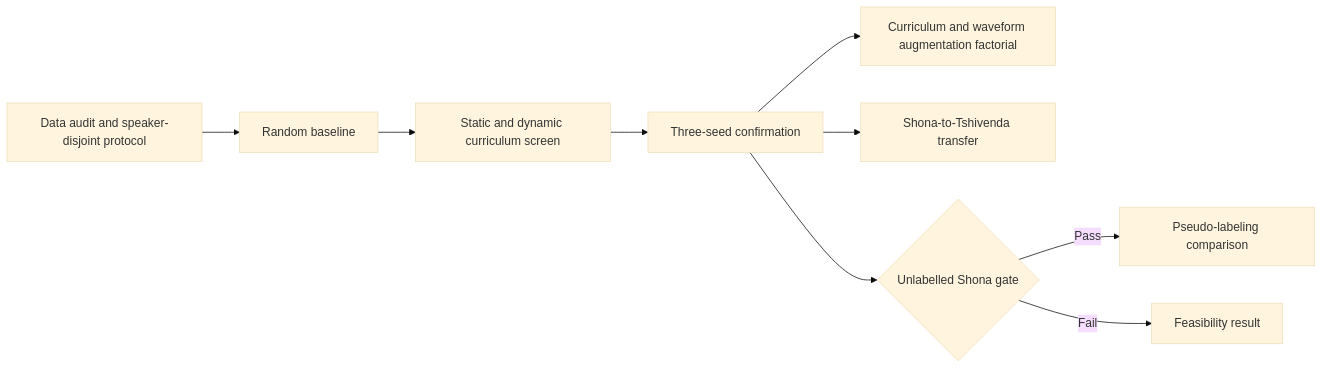
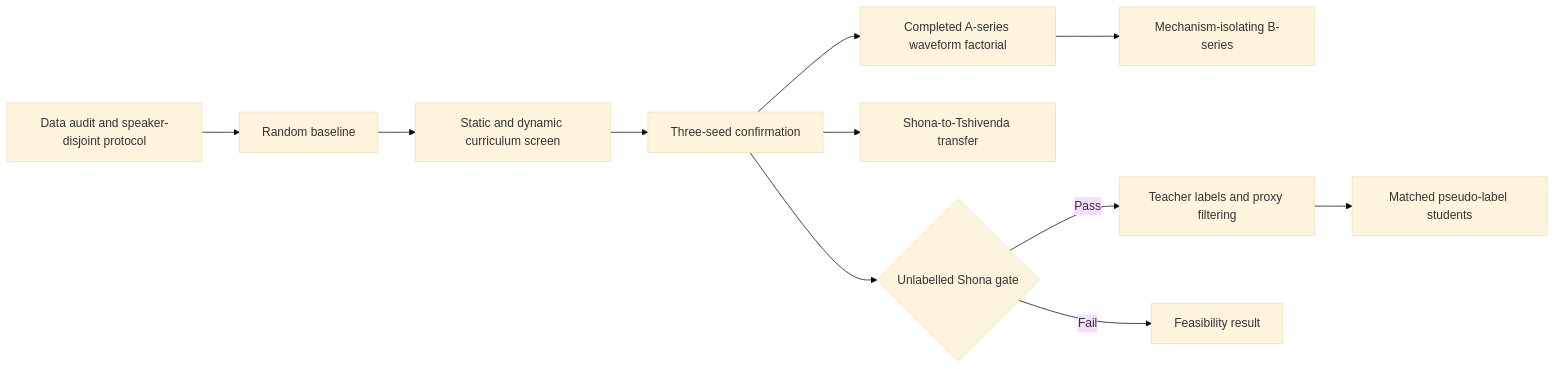
Before and after one commit to u25724267-svg/Whisper_fine_tuning_ASR: the diagram in documents/thesis/chapter3_methodology_draft.md, drawn with Mermaid (base theme). The commit also changed other lines of this file and 13 other files, not shown here.

````diff
--- a/documents/thesis/chapter3_methodology_draft.md
+++ b/documents/thesis/chapter3_methodology_draft.md
@@ -69,11 +76,13 @@
 ```mermaid
 flowchart LR
   A[Data audit and speaker-disjoint protocol] --> B[Random baseline]
   B --> C[Static and dynamic curriculum screen]
   C --> D[Three-seed confirmation]
-  D --> E[Curriculum and waveform augmentation factorial]
+  D --> E[Completed A-series waveform factorial]
+  E --> J[Mechanism-isolating B-series]
   D --> F[Shona-to-Tshivenda transfer]
   D --> G{Unlabelled Shona gate}
-  G -->|Pass| H[Pseudo-labeling comparison]
+  G -->|Pass| H[Teacher labels and proxy filtering]
+  H --> K[Matched pseudo-label students]
   G -->|Fail| I[Feasibility result]
 ```
````
